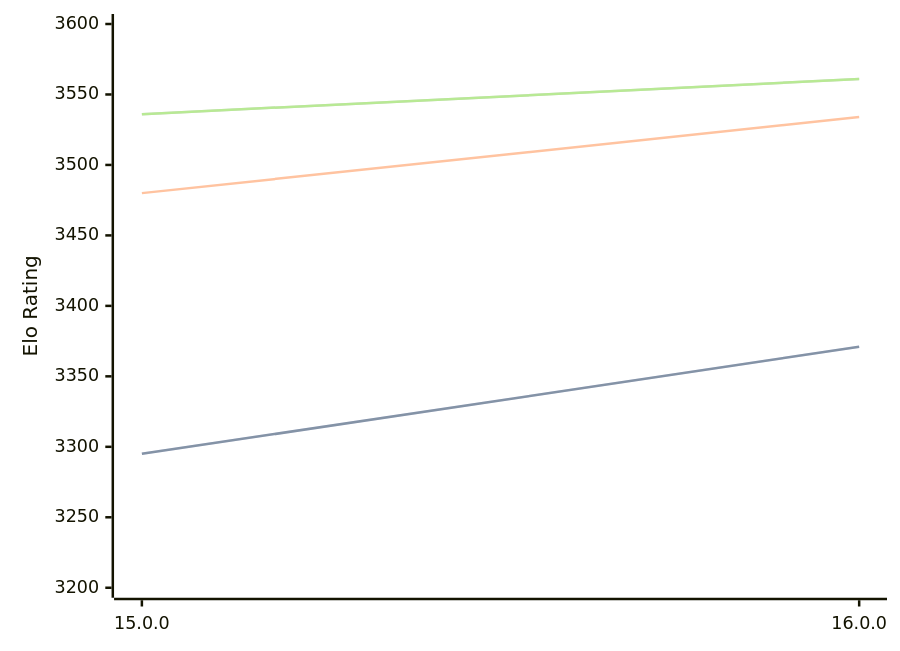
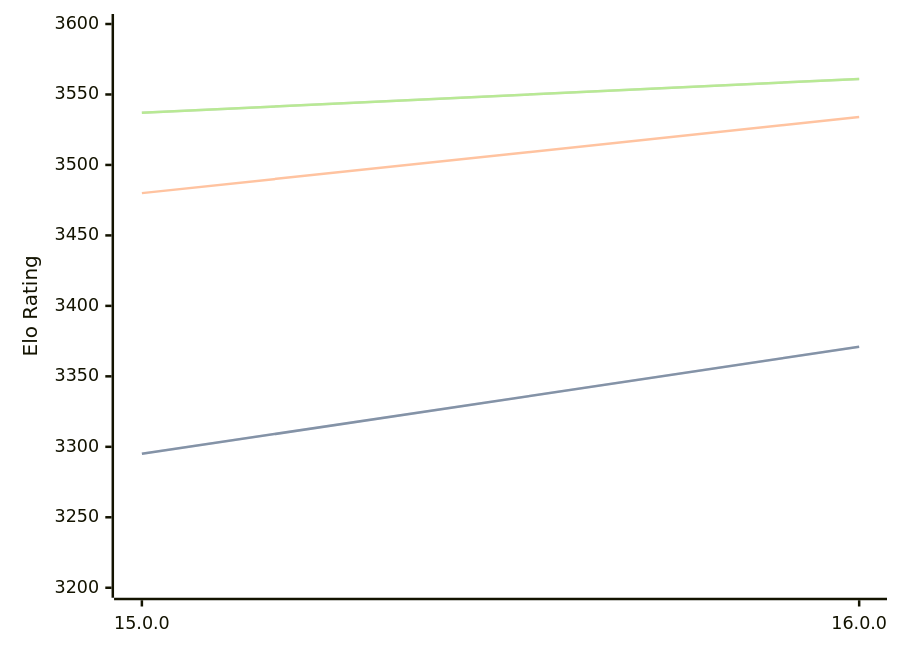
The diagram in engines/Halogen.md (computer-chess-index/cci), drawn with Mermaid before and after one commit. The commit also changed other lines of this file, not shown here.

Commit message:
Update CCI Ratings (ELO VLTC) - 2026-09-25

````diff
--- a/engines/Halogen.md
+++ b/engines/Halogen.md
@@ -32,11 +32,11 @@
 ```mermaid
 %%{init: {"theme":"base","themeVariables":{"seriesColors:['#a3a3a3','#222221','#faa371']}}}%%
 xychart-beta
   x-axis ["15.0.0", "16.0.0"]
   y-axis "Elo Rating" 3200 --> 3600
   line "" [3295, 3371]
   line "STC (8.0+0.08s)" [3295, 3371]
   line "LTC (60.0+0.60s)" [3480, 3534]
-  line "" [3536, 3561]
-  line "VLTC (2m24s+1.12s)" [3536, 3561]
+  line "" [3537, 3561]
+  line "VLTC (2m24s+1.12s)" [3537, 3561]
 ```
````
